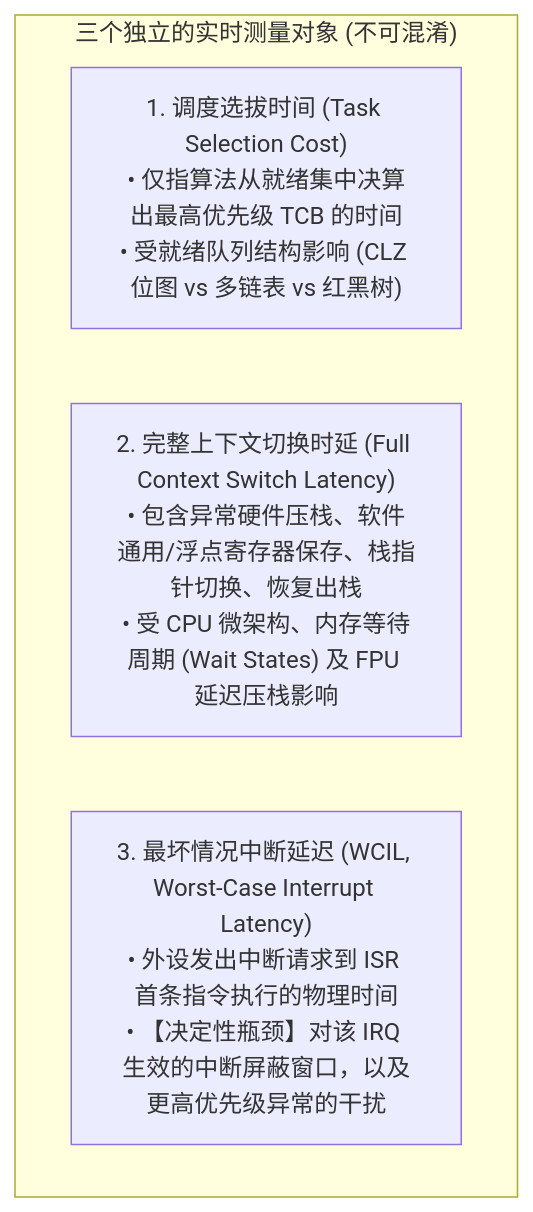
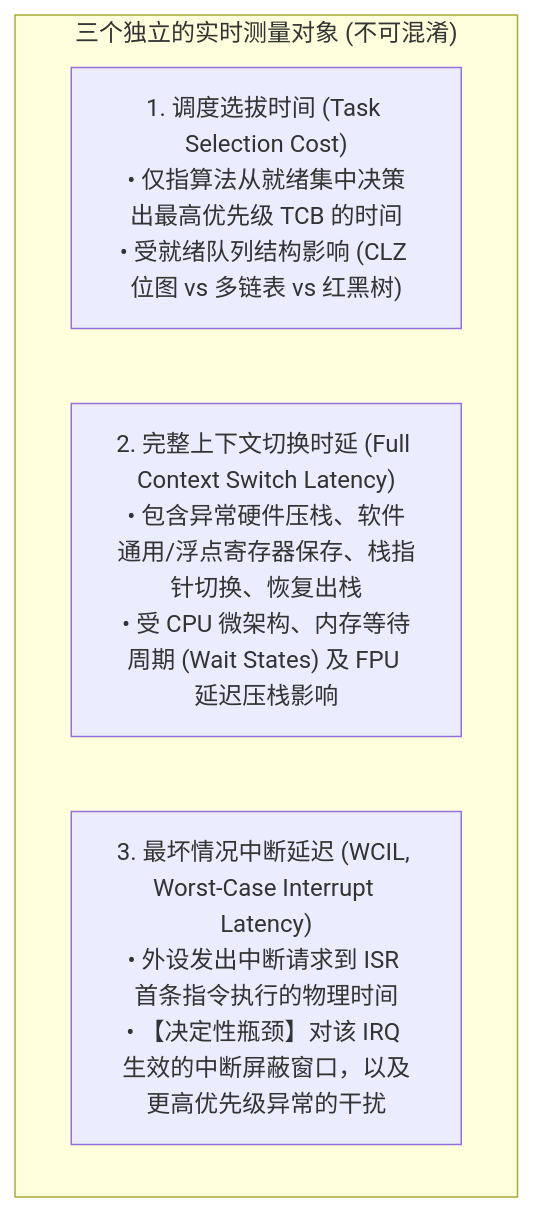
One commit to YvainZhang/YvainZhang.github.io changed the second of 3 diagrams in RTOS/04-Comparative-Study/02-scheduler-determinism-benchmark.md. Above: the diagram before and after it, drawn with Mermaid. The commit also changed other lines of this file and 44 other files, not shown here.

````diff
--- a/RTOS/04-Comparative-Study/02-scheduler-determinism-benchmark.md
+++ b/RTOS/04-Comparative-Study/02-scheduler-determinism-benchmark.md
@@ -37,8 +41,8 @@
 ```mermaid
 flowchart TD
     subgraph Targets["三个独立的实时测量对象 (不可混淆)"]
-        T1["1. 调度选拔时间 (Task Selection Cost)<br/>• 仅指算法从就绪集中决算出最高优先级 TCB 的时间<br/>• 受就绪队列结构影响 (CLZ 位图 vs 多链表 vs 红黑树)"]
+        T1["1. 调度选拔时间 (Task Selection Cost)<br/>• 仅指算法从就绪集中决策出最高优先级 TCB 的时间<br/>• 受就绪队列结构影响 (CLZ 位图 vs 多链表 vs 红黑树)"]
         T2["2. 完整上下文切换时延 (Full Context Switch Latency)<br/>• 包含异常硬件压栈、软件通用/浮点寄存器保存、栈指针切换、恢复出栈<br/>• 受 CPU 微架构、内存等待周期 (Wait States) 及 FPU 延迟压栈影响"]
         T3["3. 最坏情况中断延迟 (WCIL, Worst-Case Interrupt Latency)<br/>• 外设发出中断请求到 ISR 首条指令执行的物理时间<br/>• 【决定性瓶颈】对该 IRQ 生效的中断屏蔽窗口，以及更高优先级异常的干扰"]
     end
 ```
````
